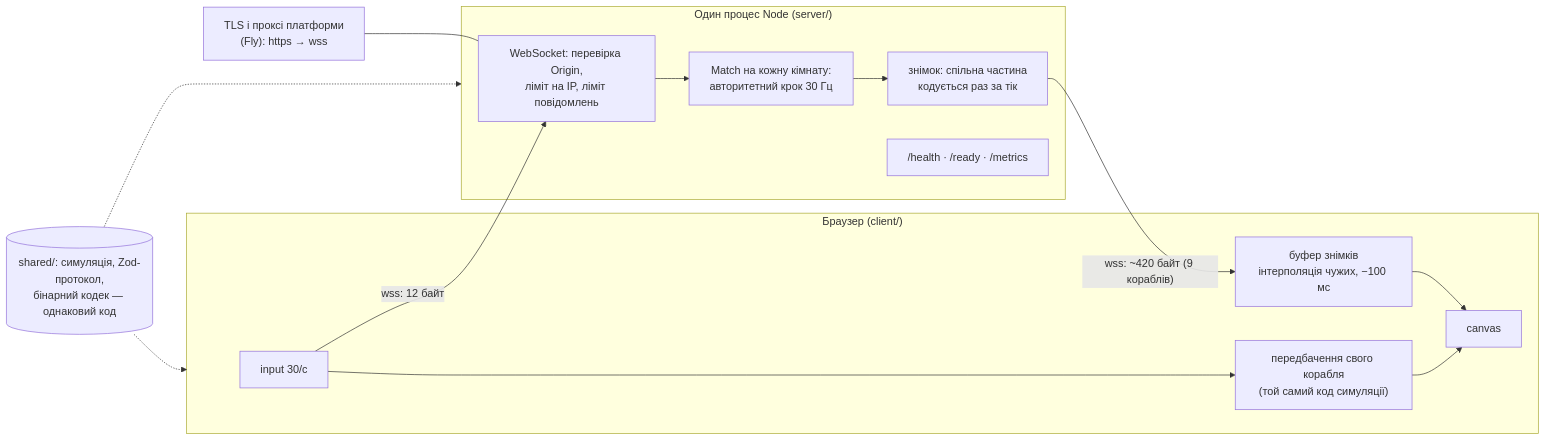
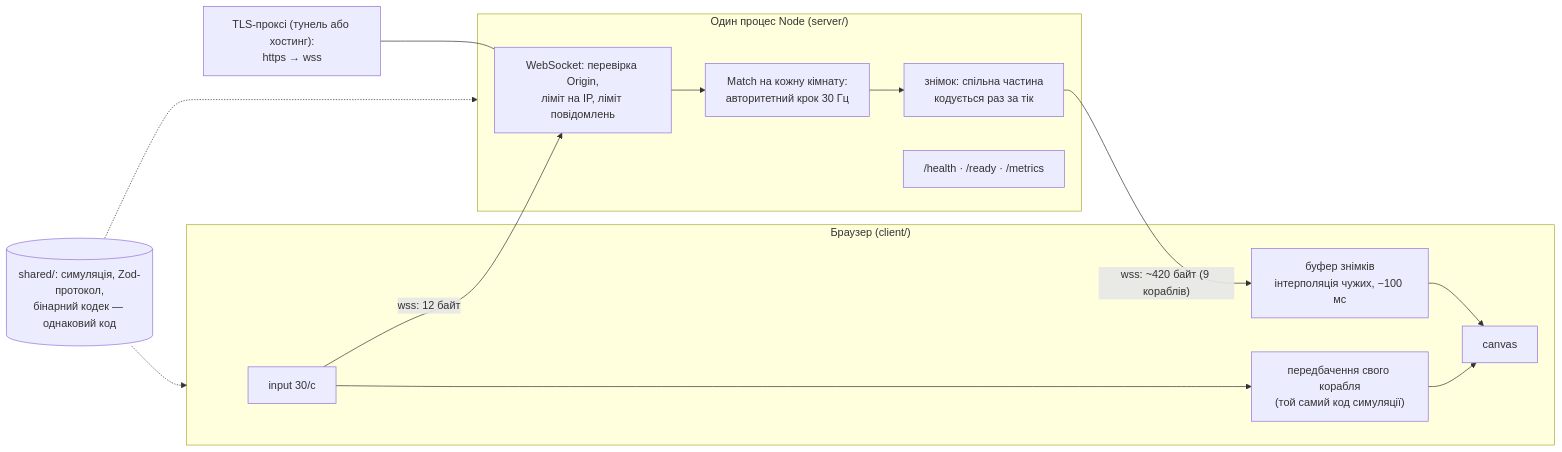
The first of 4 diagrams in README.md (naerox/clash-of-planes), drawn with Mermaid before and after one commit. The commit also changed other lines of this file, not shown here.

Commit message:
README: describe the tunnel-based demo, mark the Fly pipeline as prepared but not run

````diff
--- a/README.md
+++ b/README.md
@@ -46,19 +61,19 @@
 ```mermaid
 flowchart LR
   subgraph B["Браузер (client/)"]
     IN["input 30/с"] --> P["передбачення свого корабля<br/>(той самий код симуляції)"]
     S["буфер знімків<br/>інтерполяція чужих, −100 мс"] --> R["canvas"]
     P --> R
   end
   subgraph N["Один процес Node (server/)"]
     G["WebSocket: перевірка Origin,<br/>ліміт на IP, ліміт повідомлень"] --> M["Match на кожну кімнату:<br/>авторитетний крок 30 Гц"]
     M --> E["знімок: спільна частина<br/>кодується раз за тік"]
     H["/health · /ready · /metrics"]
   end
   SH[("shared/: симуляція, Zod-протокол,<br/>бінарний кодек — однаковий код")]
   IN -- "wss: 12 байт" --> G
   E -- "wss: ~420 байт (9 кораблів)" --> S
   SH -.-> B
   SH -.-> N
-  PROXY["TLS і проксі платформи<br/>(Fly): https → wss"] --- G
+  PROXY["TLS-проксі (тунель або хостинг):<br/>https → wss"] --- G
 ```
````
